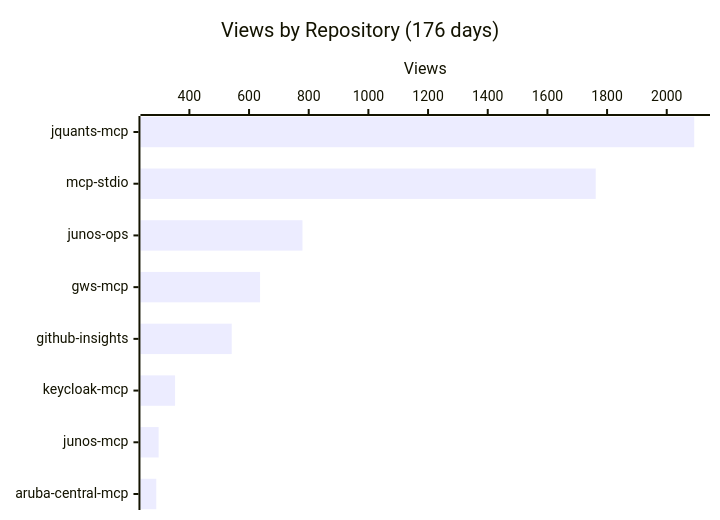
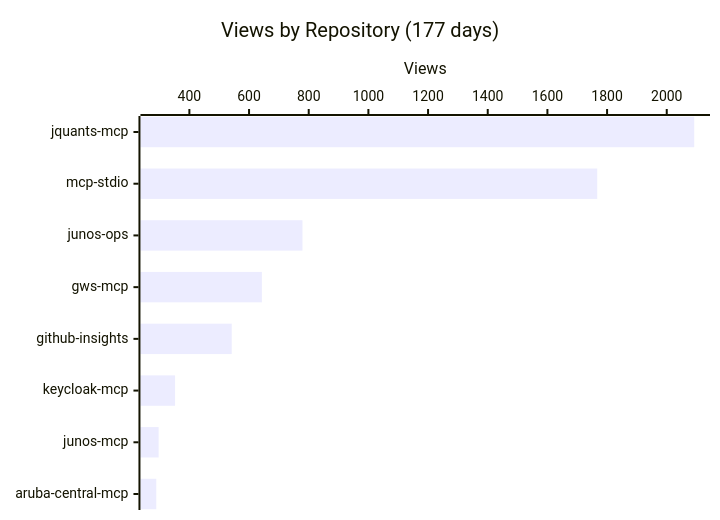
One commit to shigechika/github-insights changed the first of 4 diagrams in README.md. Above: the diagram before and after it, drawn with Mermaid. The commit also changed other lines of this file and 2 other files, not shown here.

````diff
--- a/README.md
+++ b/README.md
@@ -18,7 +18,7 @@
 ```mermaid
 xychart-beta horizontal
-    title "Views by Repository (176 days)"
+    title "Views by Repository (177 days)"
     x-axis ["jquants-mcp", "mcp-stdio", "junos-ops", "gws-mcp", "github-insights", "keycloak-mcp", "junos-mcp", "aruba-central-mcp"]
     y-axis "Views"
-    bar [2092, 1762, 779, 637, 542, 352, 297, 289]
+    bar [2092, 1767, 779, 643, 542, 352, 297, 289]
 ```
````
